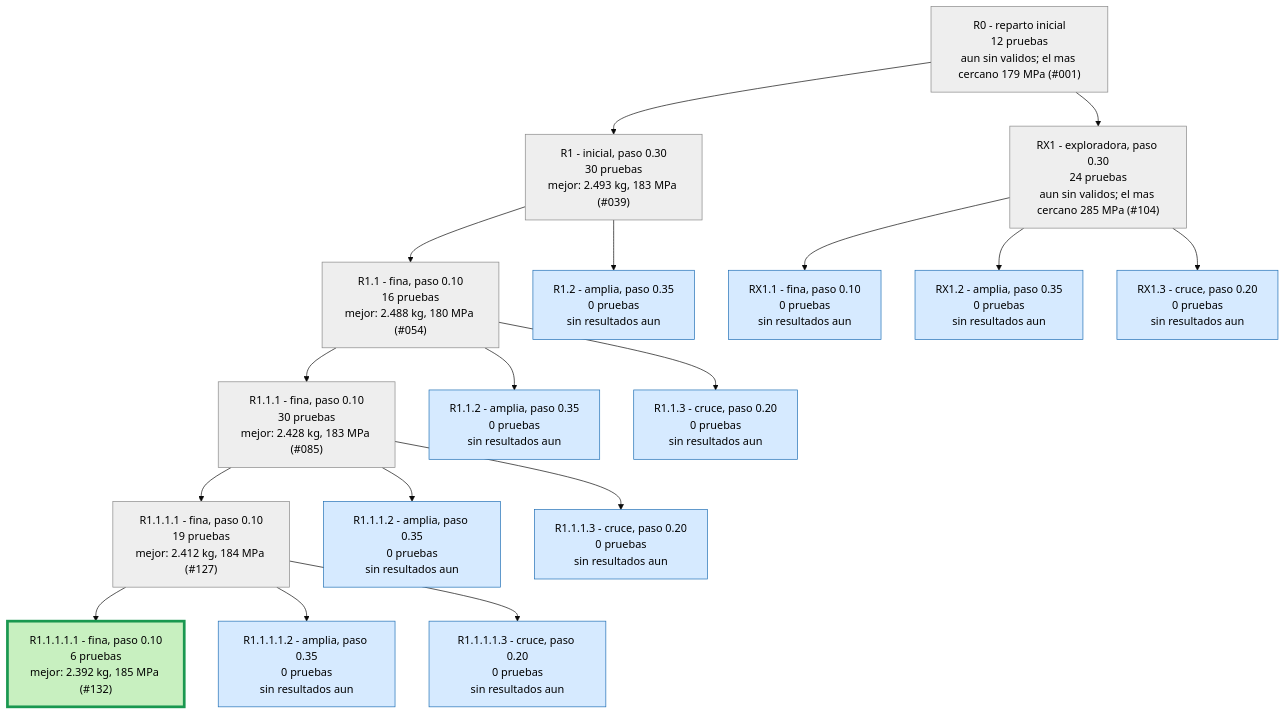
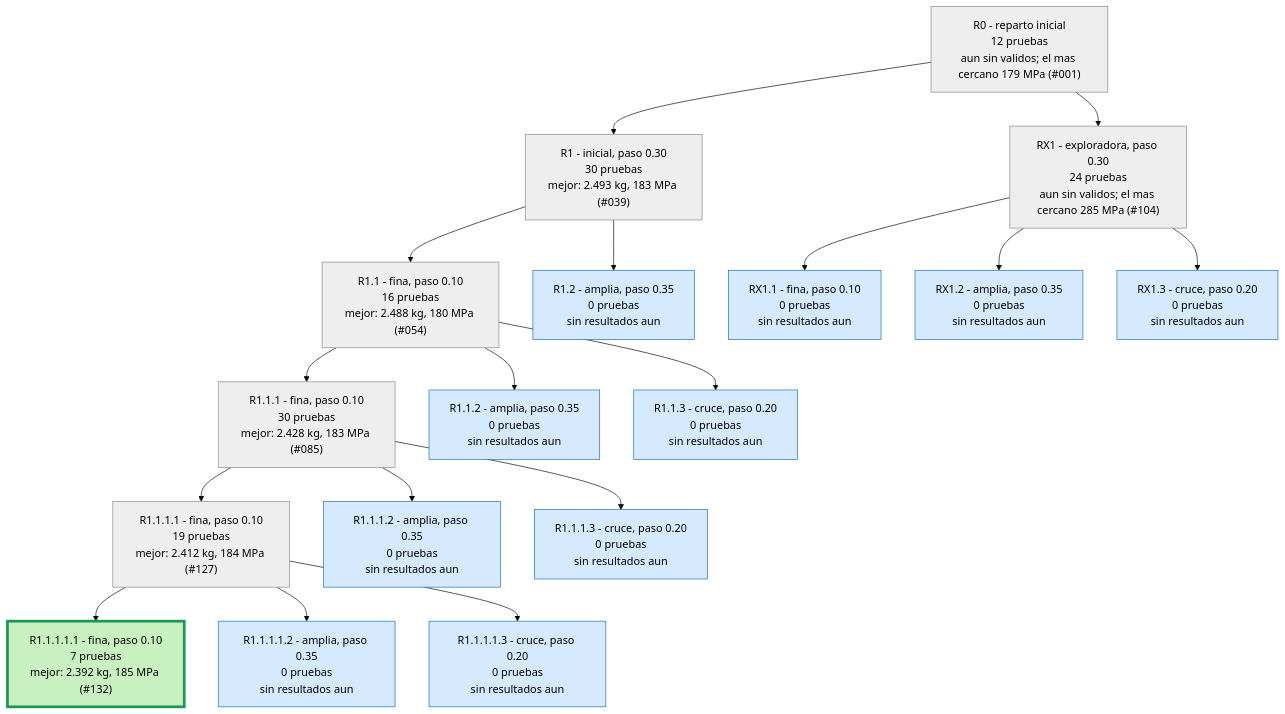
One commit to Hugiko/msd-soporte-optimizacion changed the second of 3 diagrams in runs/opt_37800N/ARBOL.md. Above: the diagram before and after it, drawn with Mermaid (base theme). The commit also changed 23 other files, not shown here.

````diff
--- a/runs/opt_37800N/ARBOL.md
+++ b/runs/opt_37800N/ARBOL.md
@@ -29,39 +29,39 @@
 ```mermaid
 graph TD
 classDef activa fill:#d6eaff,stroke:#1f6fb5,color:#000
 classDef fin fill:#eeeeee,stroke:#888,color:#000
 classDef mejor fill:#c8f0c0,stroke:#1a9850,stroke-width:4px,color:#000
 R0["R0 - reparto inicial<br/>12 pruebas<br/>aun sin validos; el mas cercano 179 MPa (#001)"]:::fin
 R1["R1 - inicial, paso 0.30<br/>30 pruebas<br/>mejor: 2.493 kg, 183 MPa (#039)"]:::fin
 R0 --> R1
 R1_1["R1.1 - fina, paso 0.10<br/>16 pruebas<br/>mejor: 2.488 kg, 180 MPa (#054)"]:::fin
 R1 --> R1_1
 R1_2["R1.2 - amplia, paso 0.35<br/>0 pruebas<br/>sin resultados aun"]:::activa
 R1 --> R1_2
 R1_1_1["R1.1.1 - fina, paso 0.10<br/>30 pruebas<br/>mejor: 2.428 kg, 183 MPa (#085)"]:::fin
 R1_1 --> R1_1_1
 R1_1_2["R1.1.2 - amplia, paso 0.35<br/>0 pruebas<br/>sin resultados aun"]:::activa
 R1_1 --> R1_1_2
 R1_1_3["R1.1.3 - cruce, paso 0.20<br/>0 pruebas<br/>sin resultados aun"]:::activa
 R1_1 --> R1_1_3
 R1_1_1_1["R1.1.1.1 - fina, paso 0.10<br/>19 pruebas<br/>mejor: 2.412 kg, 184 MPa (#127)"]:::fin
 R1_1_1 --> R1_1_1_1
 R1_1_1_2["R1.1.1.2 - amplia, paso 0.35<br/>0 pruebas<br/>sin resultados aun"]:::activa
 R1_1_1 --> R1_1_1_2
 R1_1_1_3["R1.1.1.3 - cruce, paso 0.20<br/>0 pruebas<br/>sin resultados aun"]:::activa
 R1_1_1 --> R1_1_1_3
 RX1["RX1 - exploradora, paso 0.30<br/>24 pruebas<br/>aun sin validos; el mas cercano 285 MPa (#104)"]:::fin
 R0 --> RX1
 RX1_1["RX1.1 - fina, paso 0.10<br/>0 pruebas<br/>sin resultados aun"]:::activa
 RX1 --> RX1_1
 RX1_2["RX1.2 - amplia, paso 0.35<br/>0 pruebas<br/>sin resultados aun"]:::activa
 RX1 --> RX1_2
 RX1_3["RX1.3 - cruce, paso 0.20<br/>0 pruebas<br/>sin resultados aun"]:::activa
 RX1 --> RX1_3
-R1_1_1_1_1["R1.1.1.1.1 - fina, paso 0.10<br/>6 pruebas<br/>mejor: 2.392 kg, 185 MPa (#132)"]:::mejor
+R1_1_1_1_1["R1.1.1.1.1 - fina, paso 0.10<br/>7 pruebas<br/>mejor: 2.392 kg, 185 MPa (#132)"]:::mejor
 R1_1_1_1 --> R1_1_1_1_1
 R1_1_1_1_2["R1.1.1.1.2 - amplia, paso 0.35<br/>0 pruebas<br/>sin resultados aun"]:::activa
 R1_1_1_1 --> R1_1_1_1_2
 R1_1_1_1_3["R1.1.1.1.3 - cruce, paso 0.20<br/>0 pruebas<br/>sin resultados aun"]:::activa
 R1_1_1_1 --> R1_1_1_1_3
 ```
````
